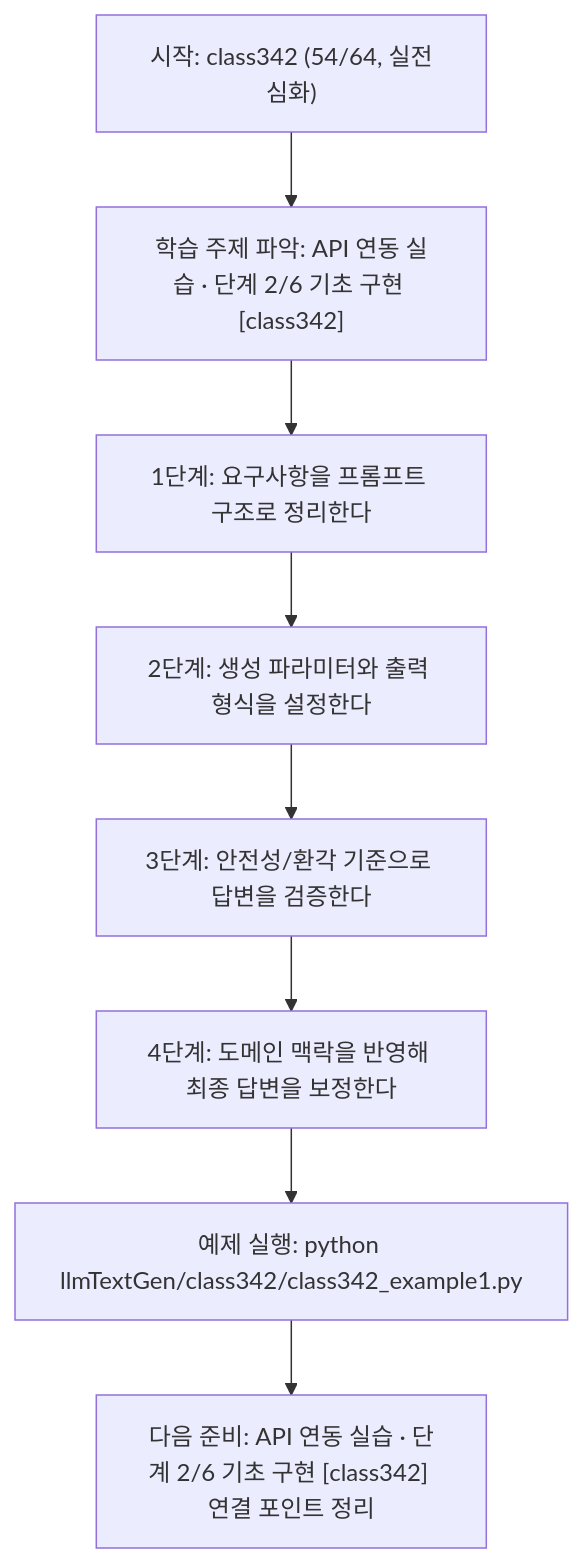
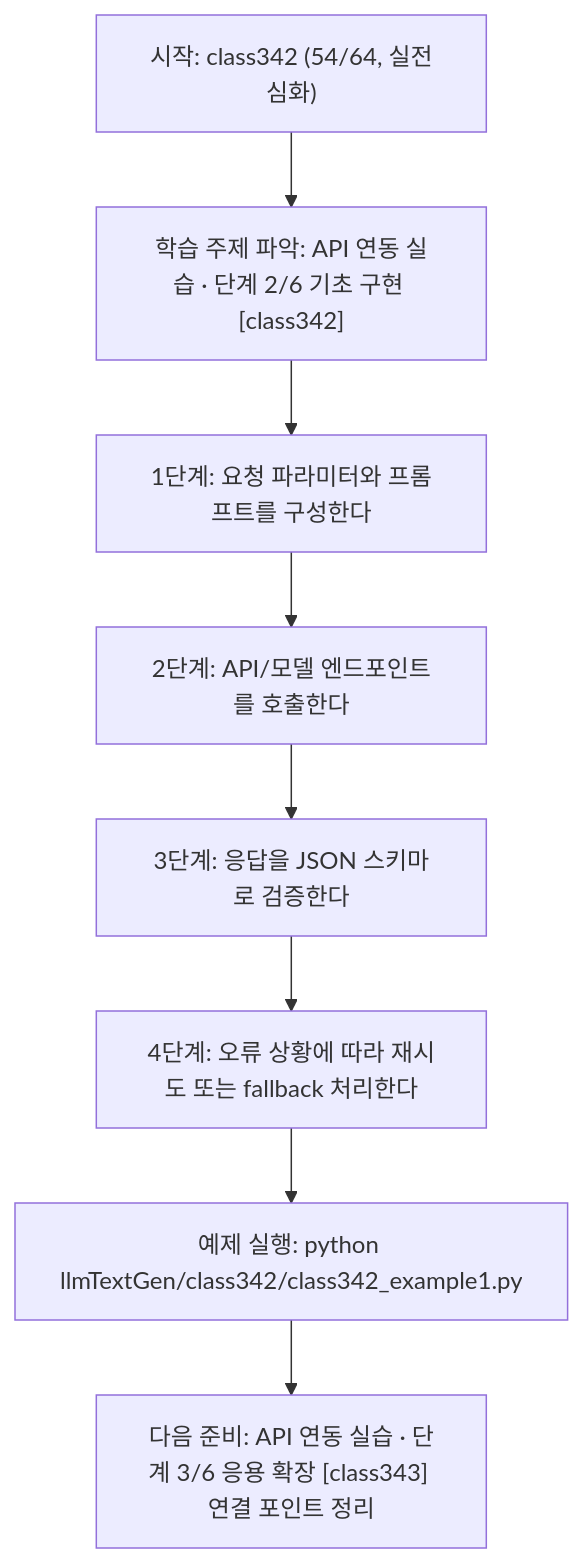
One commit to edumgt/Python-AI_Agent-Class changed the diagram in llmTextGen/class342/class342.md. Above: the diagram before and after it, drawn with Mermaid. The commit also changed other lines of this file and 451 other files, not shown here.

````diff
--- a/llmTextGen/class342/class342.md
+++ b/llmTextGen/class342/class342.md
@@ -114,18 +95,18 @@
 ```mermaid
 flowchart TD
 N1["시작: class342 (54/64, 실전심화)"]
 N2["학습 주제 파악: API 연동 실습 · 단계 2/6 기초 구현 [class342]"]
-N3["1단계: 요구사항을 프롬프트 구조로 정리한다"]
-N4["2단계: 생성 파라미터와 출력 형식을 설정한다"]
-N5["3단계: 안전성/환각 기준으로 답변을 검증한다"]
-N6["4단계: 도메인 맥락을 반영해 최종 답변을 보정한다"]
+N3["1단계: 요청 파라미터와 프롬프트를 구성한다"]
+N4["2단계: API/모델 엔드포인트를 호출한다"]
+N5["3단계: 응답을 JSON 스키마로 검증한다"]
+N6["4단계: 오류 상황에 따라 재시도 또는 fallback 처리한다"]
 N7["예제 실행: python llmTextGen/class342/class342_example1.py"]
-N8["다음 준비: API 연동 실습 · 단계 2/6 기초 구현 [class342] 연결 포인트 정리"]
+N8["다음 준비: API 연동 실습 · 단계 3/6 응용 확장 [class343] 연결 포인트 정리"]
 N1 --> N2
 N2 --> N3
 N3 --> N4
 N4 --> N5
 N5 --> N6
 N6 --> N7
 N7 --> N8
 ```
````
